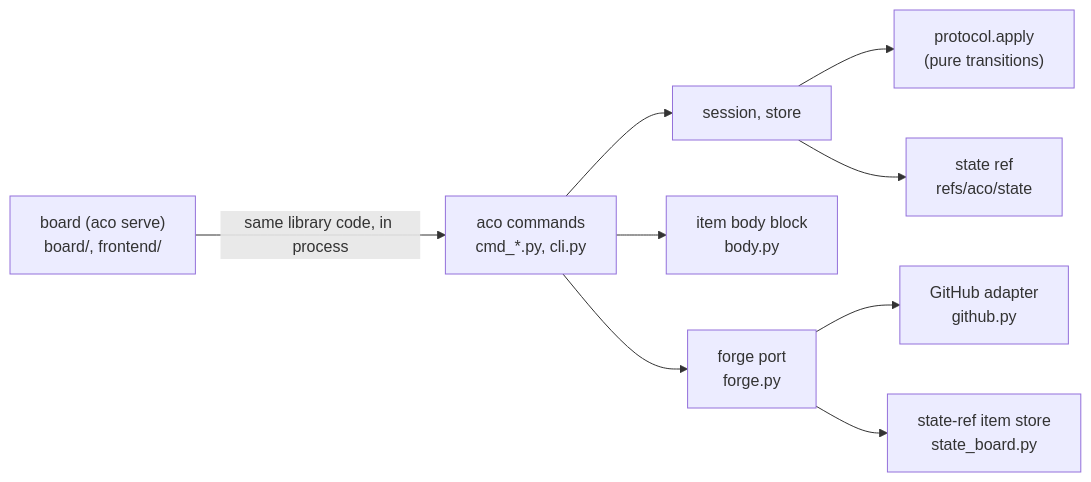
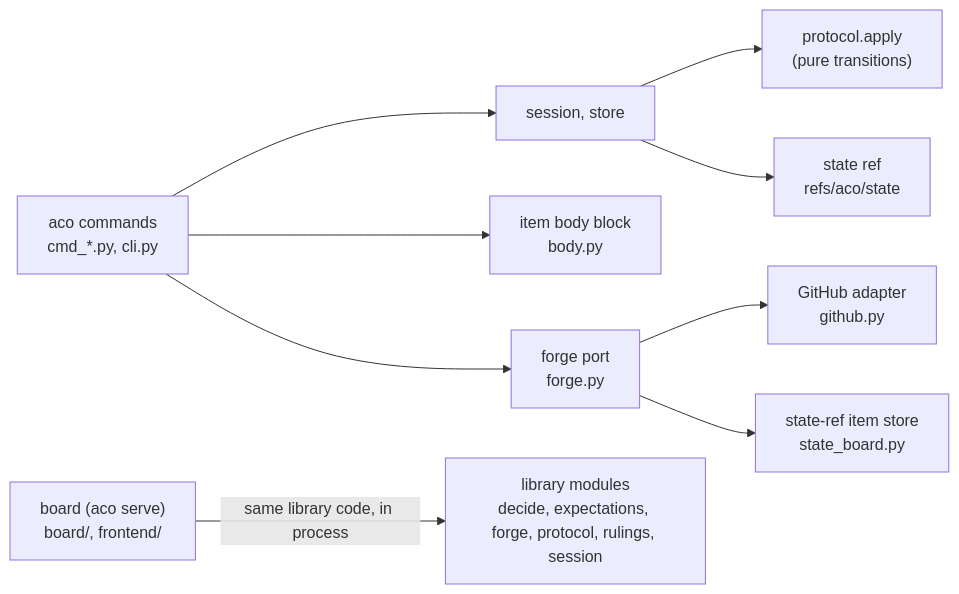
One commit to overnightworks/aco changed the second of 3 diagrams in docs/ARCHITECTURE.md. Above: the diagram before and after it, drawn with Mermaid.

Commit message:
Point the board's edge at the library modules it imports, not the CLI
The board package imports decide, expectations, forge, protocol, rulings and
session, and no cmd_* module or cli. The diagram drew the edge to the CLI,
which said something untrue about the structure (item 675 contract 4).

````diff
--- a/docs/ARCHITECTURE.md
+++ b/docs/ARCHITECTURE.md
@@ -29,11 +29,11 @@
 ```mermaid
 flowchart LR
     CLI["aco commands<br/>cmd_*.py, cli.py"] --> Session["session, store"]
     Session --> Protocol["protocol.apply<br/>(pure transitions)"]
     Session --> Store["state ref<br/>refs/aco/state"]
     CLI --> Body["item body block<br/>body.py"]
     CLI --> Port["forge port<br/>forge.py"]
     Port --> GitHub["GitHub adapter<br/>github.py"]
     Port --> StateBoard["state-ref item store<br/>state_board.py"]
-    Board["board (aco serve)<br/>board/, frontend/"] -->|"same library code, in process"| CLI
+    Board["board (aco serve)<br/>board/, frontend/"] -->|"same library code, in process"| Library["library modules<br/>decide, expectations, forge, protocol, rulings, session"]
 ```
````
